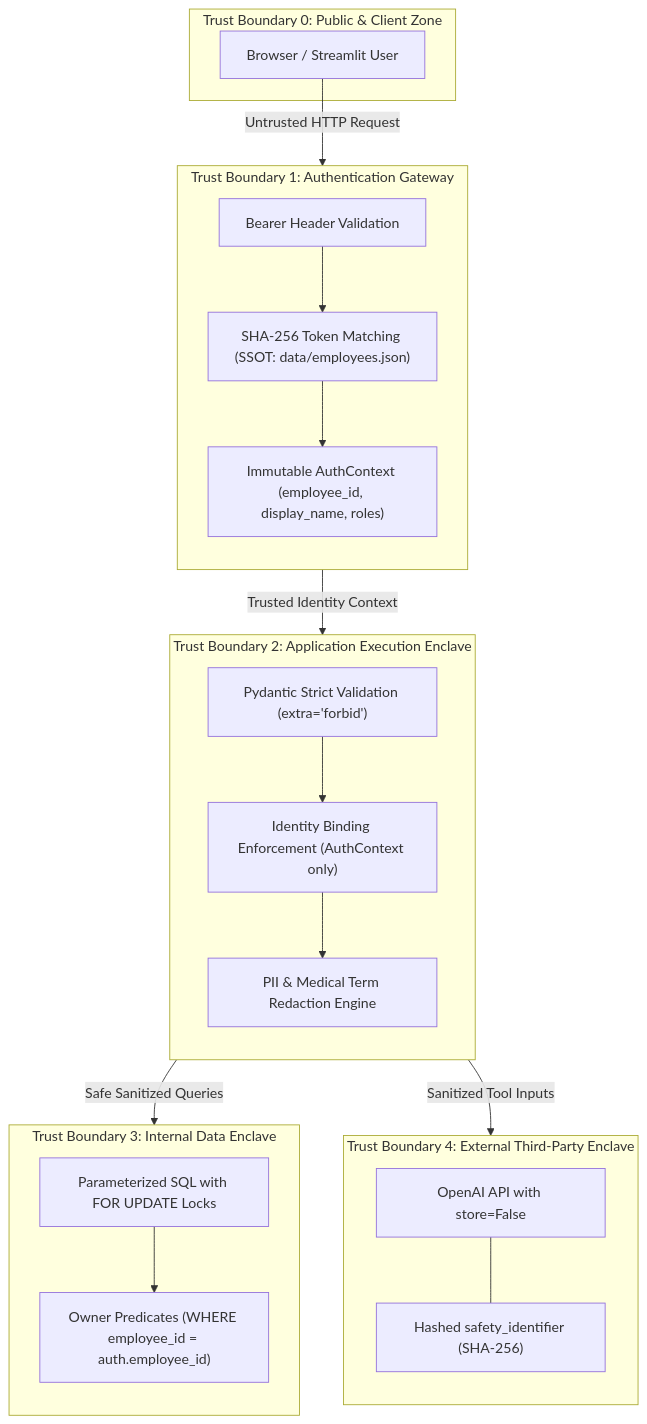
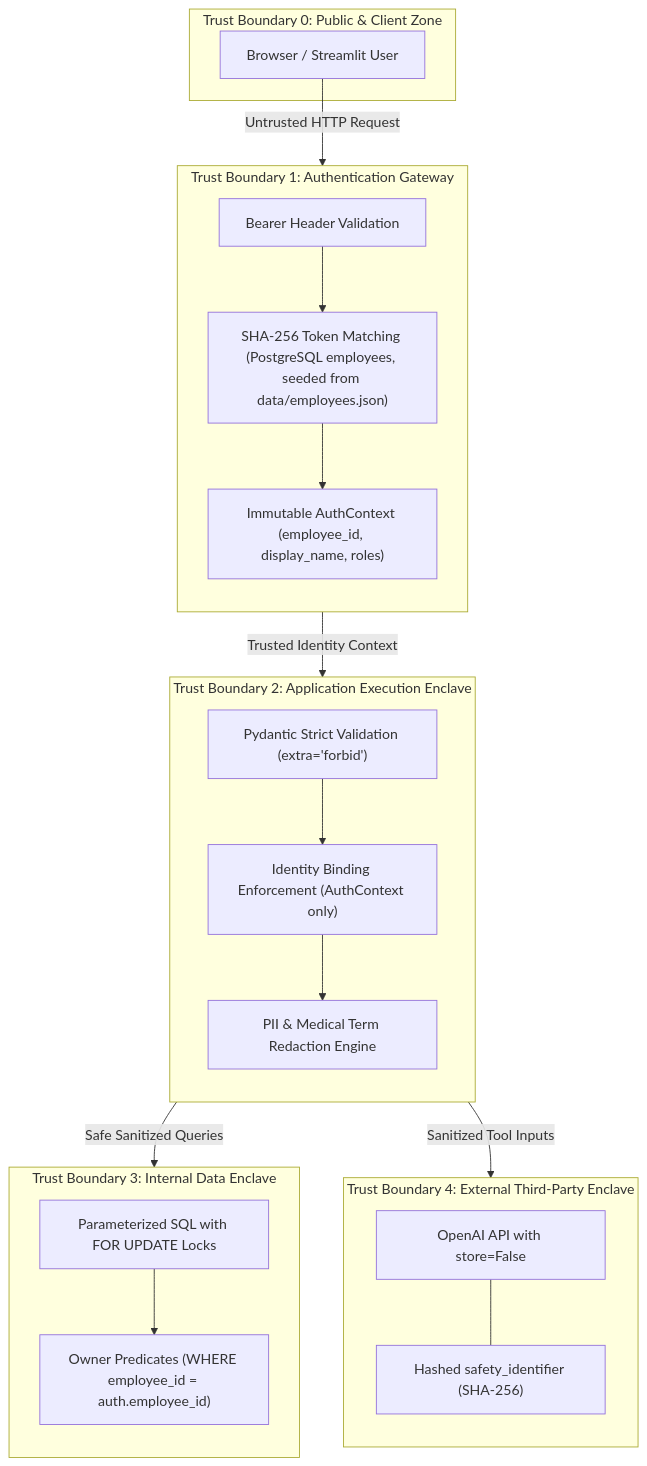
One commit to azbayou/AIEN-RMT002-BayuAziz changed the second of 6 diagrams in milestone2-HR-Agent/architecture.md. Above: the diagram before and after it, drawn with Mermaid. The commit also changed other lines of this file and 7 other files, not shown here.

````diff
--- a/milestone2-HR-Agent/architecture.md
+++ b/milestone2-HR-Agent/architecture.md
@@ -85,41 +84,41 @@
 ```mermaid
 flowchart TD
     subgraph TB0["Trust Boundary 0: Public & Client Zone"]
         USER["Browser / Streamlit User"]
     end
 
     subgraph TB1["Trust Boundary 1: Authentication Gateway"]
         direction TB
         BEARER["Bearer Header Validation"]
-        HASH_AUTH["SHA-256 Token Matching (SSOT: data/employees.json)"]
+        HASH_AUTH["SHA-256 Token Matching (PostgreSQL employees, seeded from data/employees.json)"]
         CTX["Immutable AuthContext (employee_id, display_name, roles)"]
         BEARER --> HASH_AUTH --> CTX
     end
 
     subgraph TB2["Trust Boundary 2: Application Execution Enclave"]
         direction TB
         INPUT_VAL["Pydantic Strict Validation (extra='forbid')"]
         TOOL_GUARD["Identity Binding Enforcement (AuthContext only)"]
         REDACT_PIPE["PII & Medical Term Redaction Engine"]
         INPUT_VAL --> TOOL_GUARD --> REDACT_PIPE
     end
 
     subgraph TB3["Trust Boundary 3: Internal Data Enclave"]
         direction TB
         SQL_TX["Parameterized SQL with FOR UPDATE Locks"]
         ROW_ISOLATION["Owner Predicates (WHERE employee_id = auth.employee_id)"]
         SQL_TX --> ROW_ISOLATION
     end
 
     subgraph TB4["Trust Boundary 4: External Third-Party Enclave"]
         direction TB
         EXT_LLM["OpenAI API with store=False"]
         SAFETY_ID["Hashed safety_identifier (SHA-256)"]
         EXT_LLM --- SAFETY_ID
     end
 
     USER -->|"Untrusted HTTP Request"| TB1
     CTX -->|"Trusted Identity Context"| TB2
     REDACT_PIPE -->|"Safe Sanitized Queries"| TB3
     TOOL_GUARD -->|"Sanitized Tool Inputs"| TB4
 ```
````
